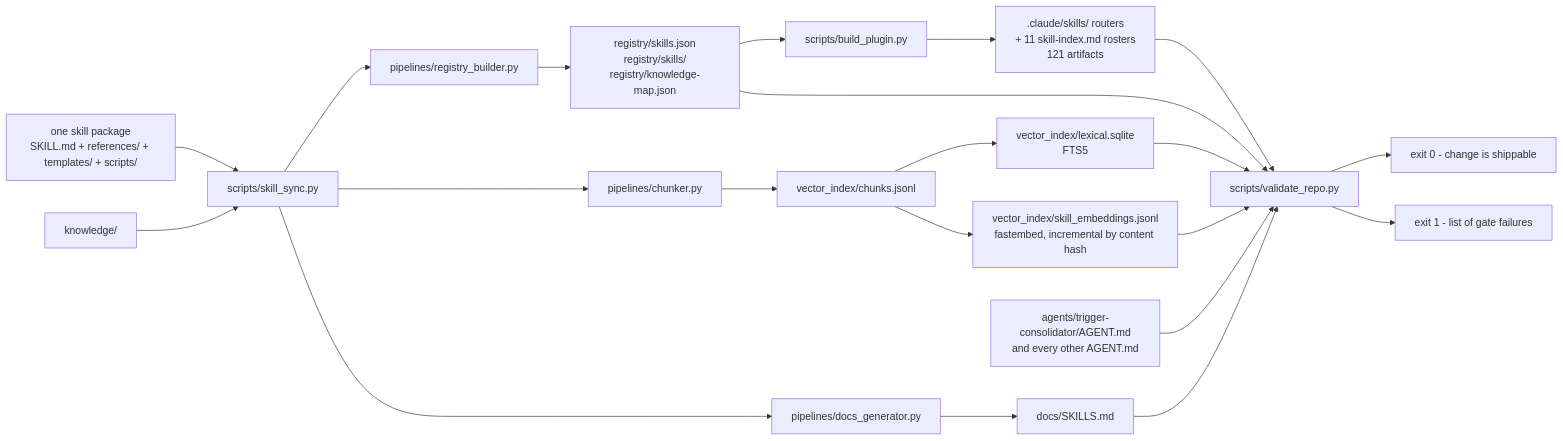
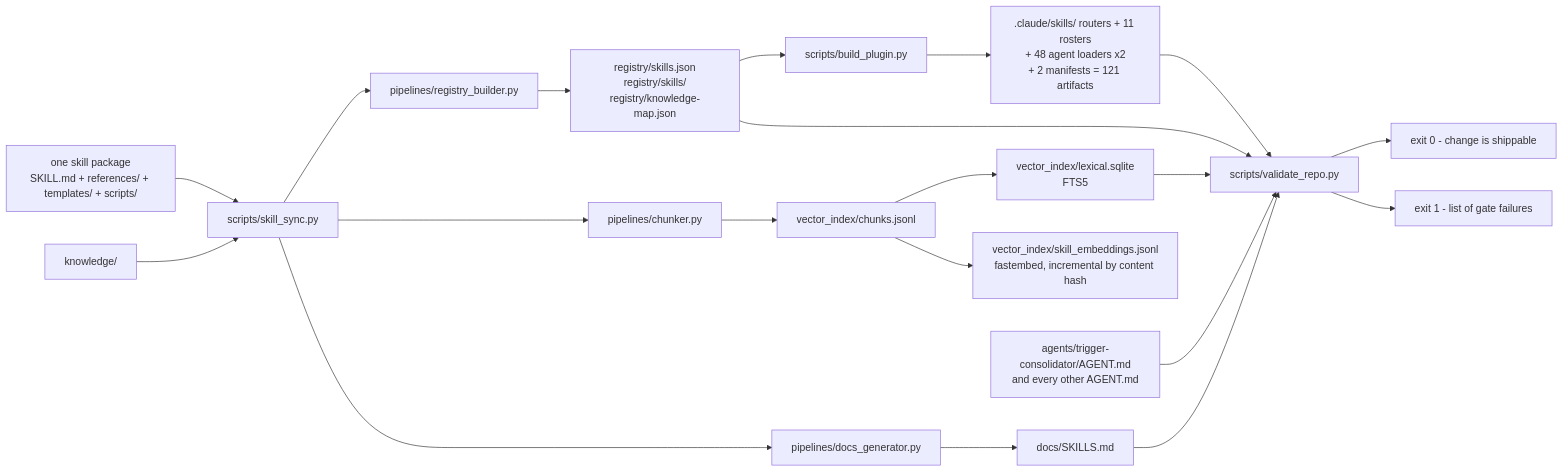
The third of 3 diagrams in docs/architecture.md (PranavNagrecha/AwesomeSalesforceSkills), drawn with Mermaid before and after one commit. The commit also changed other lines of this file and 40 other files, not shown here.

````diff
--- a/docs/architecture.md
+++ b/docs/architecture.md
@@ -442,28 +667,27 @@
 ```mermaid
 flowchart LR
     A["one skill package<br/>SKILL.md + references/ + templates/ + scripts/"] --> SY["scripts/skill_sync.py"]
     K["knowledge/"] --> SY
 
     SY --> RB["pipelines/registry_builder.py"]
     SY --> CH["pipelines/chunker.py"]
     SY --> DG["pipelines/docs_generator.py"]
 
     RB --> REG["registry/skills.json<br/>registry/skills/<br/>registry/knowledge-map.json"]
     CH --> CJ["vector_index/chunks.jsonl"]
     CJ --> LX["vector_index/lexical.sqlite<br/>FTS5"]
     CJ --> EM["vector_index/skill_embeddings.jsonl<br/>fastembed, incremental by content hash"]
     DG --> DOC["docs/SKILLS.md"]
 
     REG --> BP["scripts/build_plugin.py"]
-    BP --> RTRS[".claude/skills/ routers<br/>+ 11 skill-index.md rosters<br/>121 artifacts"]
+    BP --> RTRS[".claude/skills/ routers + 11 rosters<br/>+ 48 agent loaders x2<br/>+ 2 manifests = 121 artifacts"]
 
     REG --> V["scripts/validate_repo.py"]
     LX --> V
-    EM --> V
     DOC --> V
     RTRS --> V
     AG["agents/trigger-consolidator/AGENT.md<br/>and every other AGENT.md"] --> V
 
     V --> OK["exit 0 - change is shippable"]
     V --> ERR["exit 1 - list of gate failures"]
 ```
````
